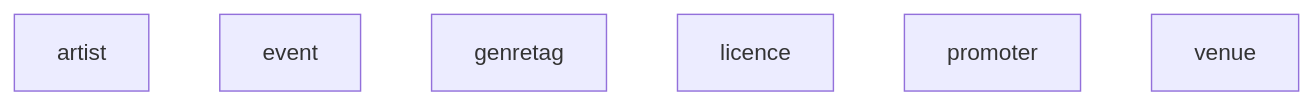
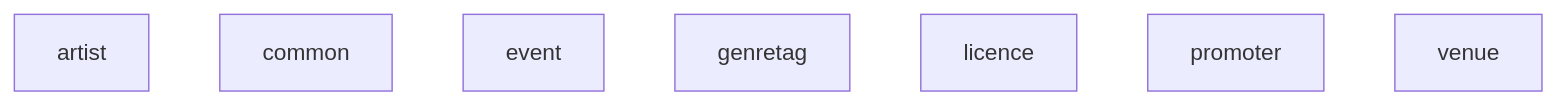
One commit to enorm-labs/event-junkie changed the diagram in docs/architecture/modules-events-core.md. Above: the diagram before and after it, drawn with Mermaid. The commit also changed 12 other files, not shown here.

````diff
--- a/docs/architecture/modules-events-core.md
+++ b/docs/architecture/modules-events-core.md
@@ -9,9 +9,10 @@
 ```mermaid
 flowchart TD
     artist["artist"]
+    common["common"]
     event["event"]
     genretag["genretag"]
     licence["licence"]
     promoter["promoter"]
     venue["venue"]
 ```
````
